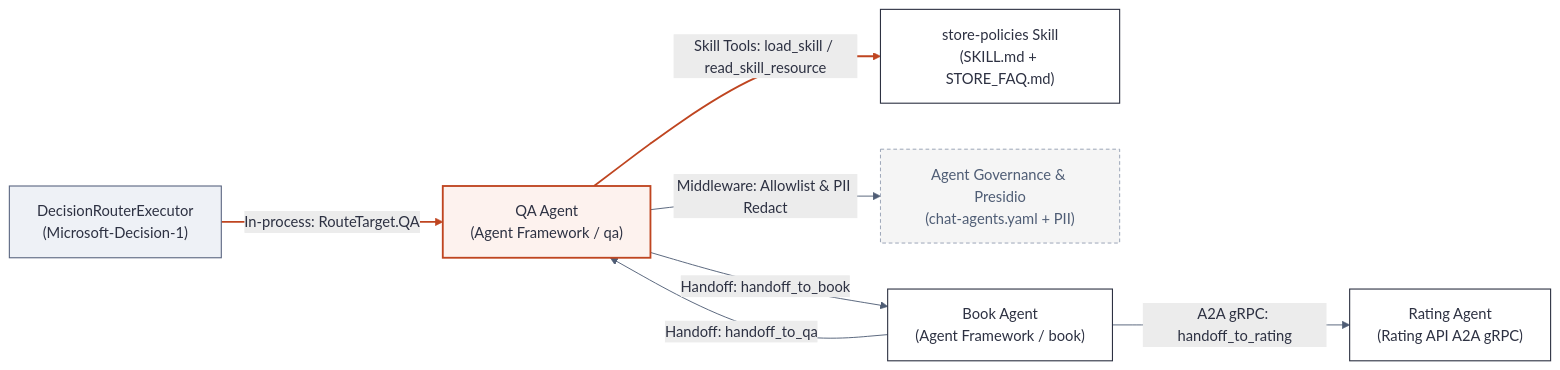
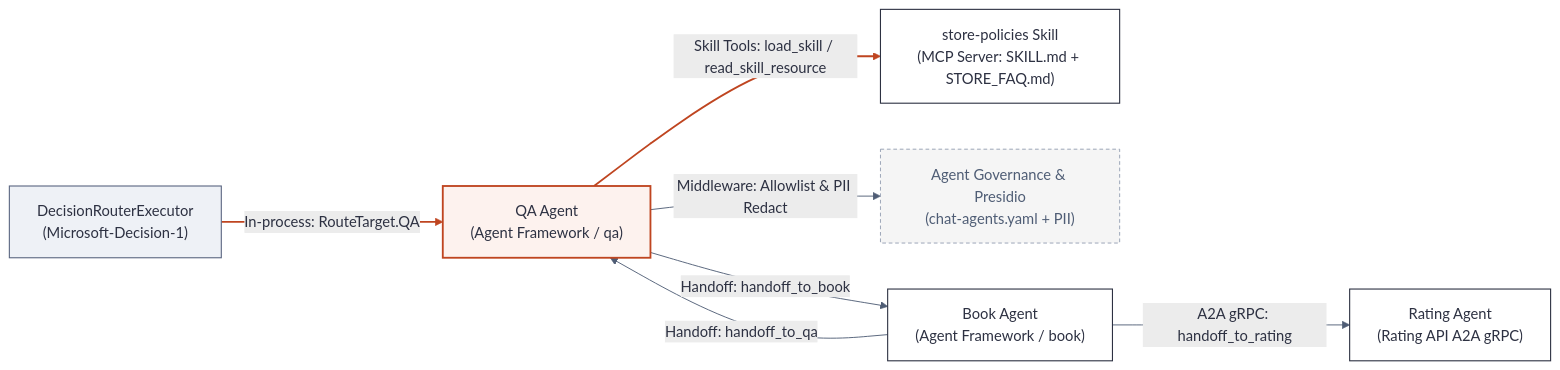
The diagram in docs/domains/BookWorm/subdomains/Conversational/docs/guides/mermaids/03-answer-store-questions-diagram-1.mmd (foxminchan/BookWorm), drawn with Mermaid before and after one commit. The commit also changed 67 other files, not shown here.

```diff
--- a/docs/domains/BookWorm/subdomains/Conversational/docs/guides/mermaids/03-answer-store-questions-diagram-1.mmd
+++ b/docs/domains/BookWorm/subdomains/Conversational/docs/guides/mermaids/03-answer-store-questions-diagram-1.mmd
@@ -1,27 +1,27 @@
 %%{init: {'theme': 'base', 'themeVariables': {'background': '#f5f5f5', 'primaryColor': '#ffffff', 'primaryTextColor': '#2d3142', 'primaryBorderColor': '#2d3142', 'secondaryColor': '#ececec', 'secondaryBorderColor': '#4f5d75', 'tertiaryColor': '#fdf2ee', 'tertiaryBorderColor': '#bf4520', 'lineColor': '#4f5d75', 'textColor': '#2d3142', 'clusterBkg': '#f8f9fa', 'clusterBorder': '#bfc0c0', 'fontFamily': 'Geist, system-ui, sans-serif'}}}%%
 flowchart LR
 	router["DecisionRouterExecutor\n(Microsoft-Decision-1)"]
 	qa["QA Agent\n(Agent Framework / qa)"]
-	skill["store-policies Skill\n(SKILL.md + STORE_FAQ.md)"]
+	skill["store-policies Skill\n(MCP Server: SKILL.md + STORE_FAQ.md)"]
 	gov["Agent Governance & Presidio\n(chat-agents.yaml + PII)"]
 	book["Book Agent\n(Agent Framework / book)"]
 	rating["Rating Agent\n(Rating API A2A gRPC)"]
 
 	router --> |"In-process: RouteTarget.QA"| qa
 	qa --> |"Skill Tools: load_skill / read_skill_resource"| skill
 	qa --> |"Middleware: Allowlist & PII Redact"| gov
 	qa --> |"Handoff: handoff_to_book"| book
 	book --> |"Handoff: handoff_to_qa"| qa
 	book --> |"A2A gRPC: handoff_to_rating"| rating
 
 	classDef focal fill:#fdf2ee,stroke:#bf4520,stroke-width:2px,color:#2d3142
 	classDef service fill:#ffffff,stroke:#2d3142,stroke-width:1.2px,color:#2d3142
 	classDef store fill:#ececec,stroke:#4f5d75,stroke-width:1.2px,color:#2d3142
 	classDef input fill:#eef1f6,stroke:#5a6580,stroke-width:1.2px,color:#2d3142
 	classDef ext fill:#f5f5f5,stroke:#949eb2,stroke-width:1px,stroke-dasharray:4 3,color:#4f5d75
 	class qa focal
 	class skill,book,rating service
 	class router input
 	class gov ext
 	linkStyle 0 stroke:#bf4520,stroke-width:2px
 	linkStyle 1 stroke:#bf4520,stroke-width:2px
```
